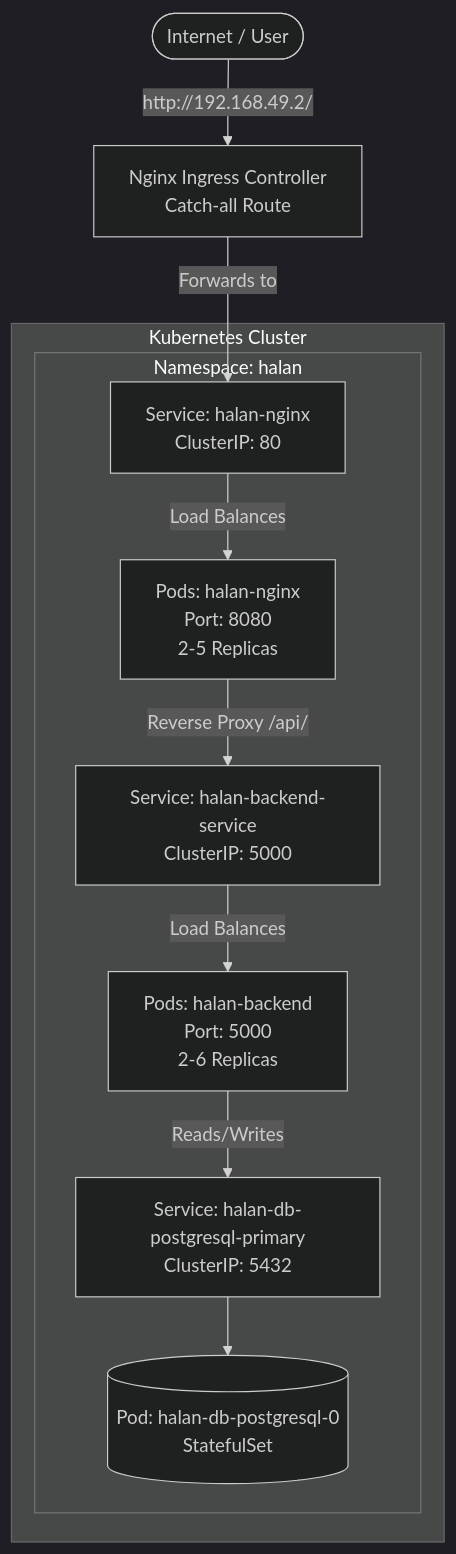
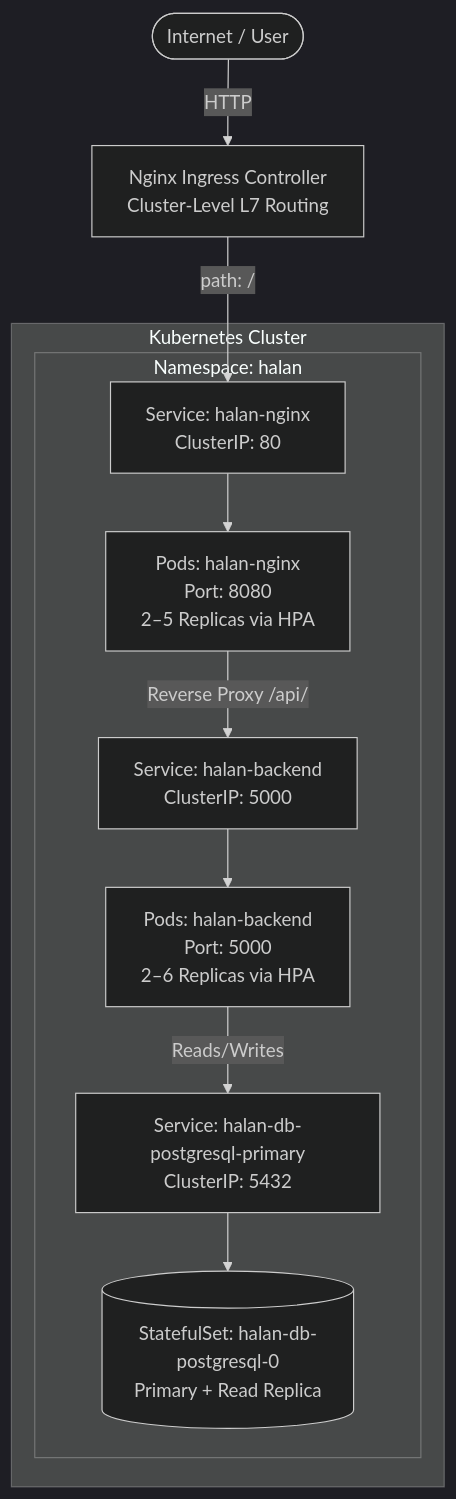
The diagram in docs/kubernetes-implementation.md (mohamed0s/Halan-Internship-Project), drawn with Mermaid (dark theme) before and after one commit. The commit also changed other lines of this file and 9 other files, not shown here.

````diff
--- a/docs/kubernetes-implementation.md
+++ b/docs/kubernetes-implementation.md
@@ -11,26 +11,26 @@
 ```mermaid
 graph TD
     User([Internet / User])
-    Ingress[Nginx Ingress Controller\nCatch-all Route]
-    
+    Ingress[Nginx Ingress Controller<br/>Cluster-Level L7 Routing]
+
     subgraph K8s Cluster [Kubernetes Cluster]
-        subgraph Namespace [Namespace: halan]
-            SvcNginx[Service: halan-nginx\nClusterIP: 80]
-            PodNginx[Pods: halan-nginx\nPort: 8080\n2-5 Replicas]
-            
-            SvcBackend[Service: halan-backend-service\nClusterIP: 5000]
-            PodBackend[Pods: halan-backend\nPort: 5000\n2-6 Replicas]
-            
-            SvcDB[Service: halan-db-postgresql-primary\nClusterIP: 5432]
-            PodDB[(Pod: halan-db-postgresql-0\nStatefulSet)]
+        subgraph NS [Namespace: halan]
+            SvcNginx[Service: halan-nginx<br/>ClusterIP: 80]
+            PodNginx[Pods: halan-nginx<br/>Port: 8080<br/>2–5 Replicas via HPA]
+
+            SvcBackend[Service: halan-backend<br/>ClusterIP: 5000]
+            PodBackend[Pods: halan-backend<br/>Port: 5000<br/>2–6 Replicas via HPA]
+
+            SvcDB[Service: halan-db-postgresql-primary<br/>ClusterIP: 5432]
+            PodDB[(StatefulSet: halan-db-postgresql-0<br/>Primary + Read Replica)]
         end
     end
 
-    User -->|http://192.168.49.2/| Ingress
-    Ingress -->|Forwards to| SvcNginx
-    SvcNginx -->|Load Balances| PodNginx
+    User -->|HTTP| Ingress
+    Ingress -->|path: /| SvcNginx
+    SvcNginx --> PodNginx
     PodNginx -->|Reverse Proxy /api/| SvcBackend
-    SvcBackend -->|Load Balances| PodBackend
+    SvcBackend --> PodBackend
     PodBackend -->|Reads/Writes| SvcDB
     SvcDB --> PodDB
 ```
````
